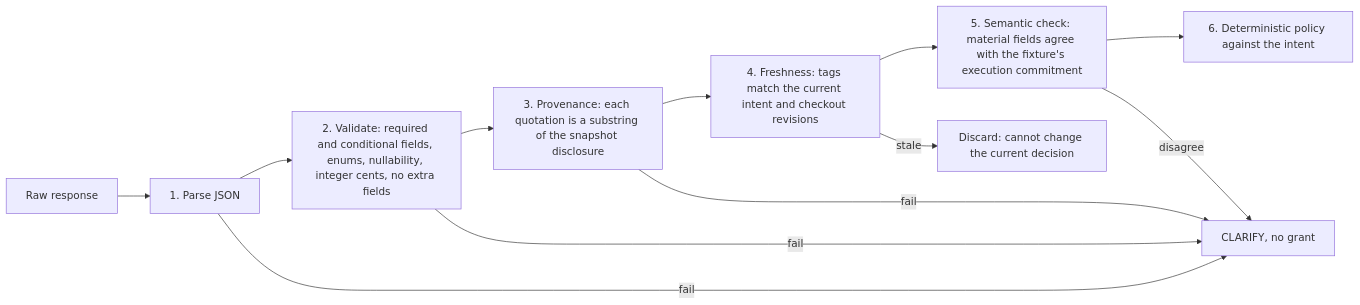
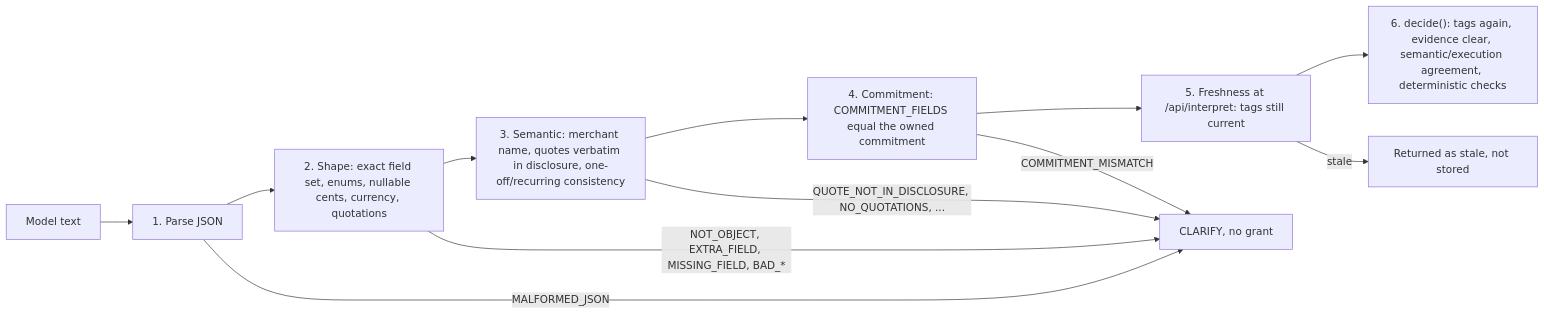
Before and after one commit to shinhf/safety-belt: the second of 2 diagrams in architecture/08-crosscutting-concepts.md, drawn with Mermaid. The commit also changed other lines of this file and 3 other files, not shown here.

````diff
--- a/architecture/08-crosscutting-concepts.md
+++ b/architecture/08-crosscutting-concepts.md
@@ -94,14 +119,14 @@
 ```mermaid
 flowchart LR
-    R["Raw response"] --> P["1. Parse JSON"]
-    P --> V["2. Validate: required and conditional fields, enums, nullability, integer cents, no extra fields"]
-    V --> Q["3. Provenance: each quotation is a substring of the snapshot disclosure"]
-    Q --> T["4. Freshness: tags match the current intent and checkout revisions"]
-    T --> S["5. Semantic check: material fields agree with the fixture's execution commitment"]
-    S --> D["6. Deterministic policy against the intent"]
-    P -->|"fail"| C["CLARIFY, no grant"]
-    V -->|"fail"| C
-    Q -->|"fail"| C
-    T -->|"stale"| X["Discard: cannot change the current decision"]
-    S -->|"disagree"| C
+    R["Model text"] --> P["1. Parse JSON"]
+    P --> V["2. Shape: exact field set, enums, nullable cents, currency, quotations"]
+    V --> Q["3. Semantic: merchant name, quotes verbatim in disclosure, one-off/recurring consistency"]
+    Q --> K["4. Commitment: COMMITMENT_FIELDS equal the owned commitment"]
+    K --> T["5. Freshness at /api/interpret: tags still current"]
+    T --> D["6. decide(): tags again, evidence clear, semantic/execution agreement, deterministic checks"]
+    P -->|"MALFORMED_JSON"| C["CLARIFY, no grant"]
+    V -->|"NOT_OBJECT, EXTRA_FIELD, MISSING_FIELD, BAD_*"| C
+    Q -->|"QUOTE_NOT_IN_DISCLOSURE, NO_QUOTATIONS, ..."| C
+    K -->|"COMMITMENT_MISMATCH"| C
+    T -->|"stale"| X["Returned as stale, not stored"]
 ```
````
